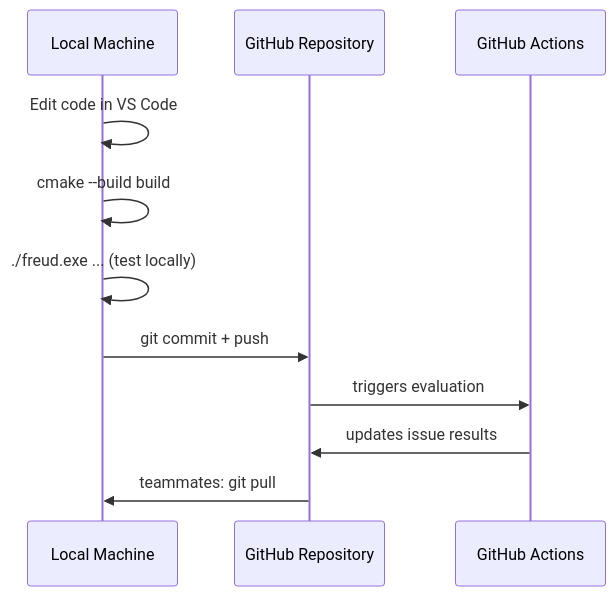
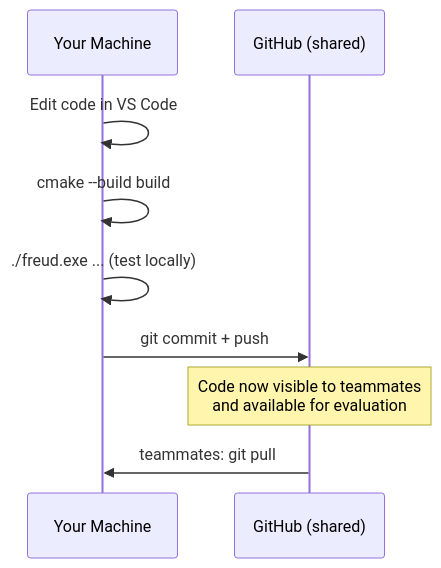
The second of 3 diagrams in Getting-Started/Ecosystem.qmd (dhmmasson/projetGenieInfo), drawn with Mermaid before and after one commit. The commit also changed other lines of this file and 4 other files, not shown here.

Commit message:
feat: improve graphs

````diff
--- a/Getting-Started/Ecosystem.qmd
+++ b/Getting-Started/Ecosystem.qmd
@@ -65,14 +72,12 @@
 ```{mermaid}
 sequenceDiagram
-    participant LM as Local Machine
-    participant GH as GitHub Repository
-    participant CI as GitHub Actions
+    participant LM as Your Machine
+    participant GH as GitHub (shared)
 
     LM->>LM: Edit code in VS Code
     LM->>LM: cmake --build build
     LM->>LM: ./freud.exe ... (test locally)
     LM->>GH: git commit + push
-    GH->>CI: triggers evaluation
-    CI->>GH: updates issue results
+    Note over GH: Code now visible to teammates<br/>and available for evaluation
     GH->>LM: teammates: git pull
 ```
````
